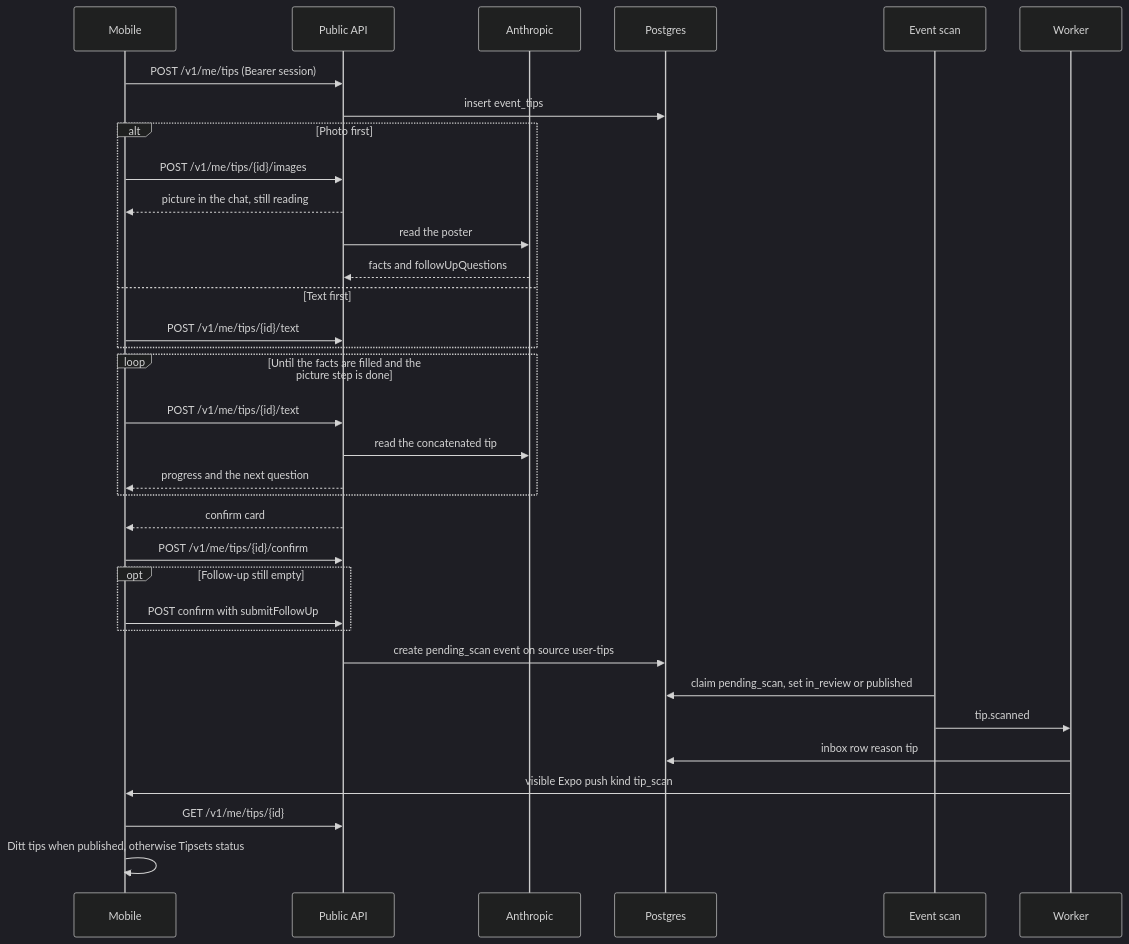
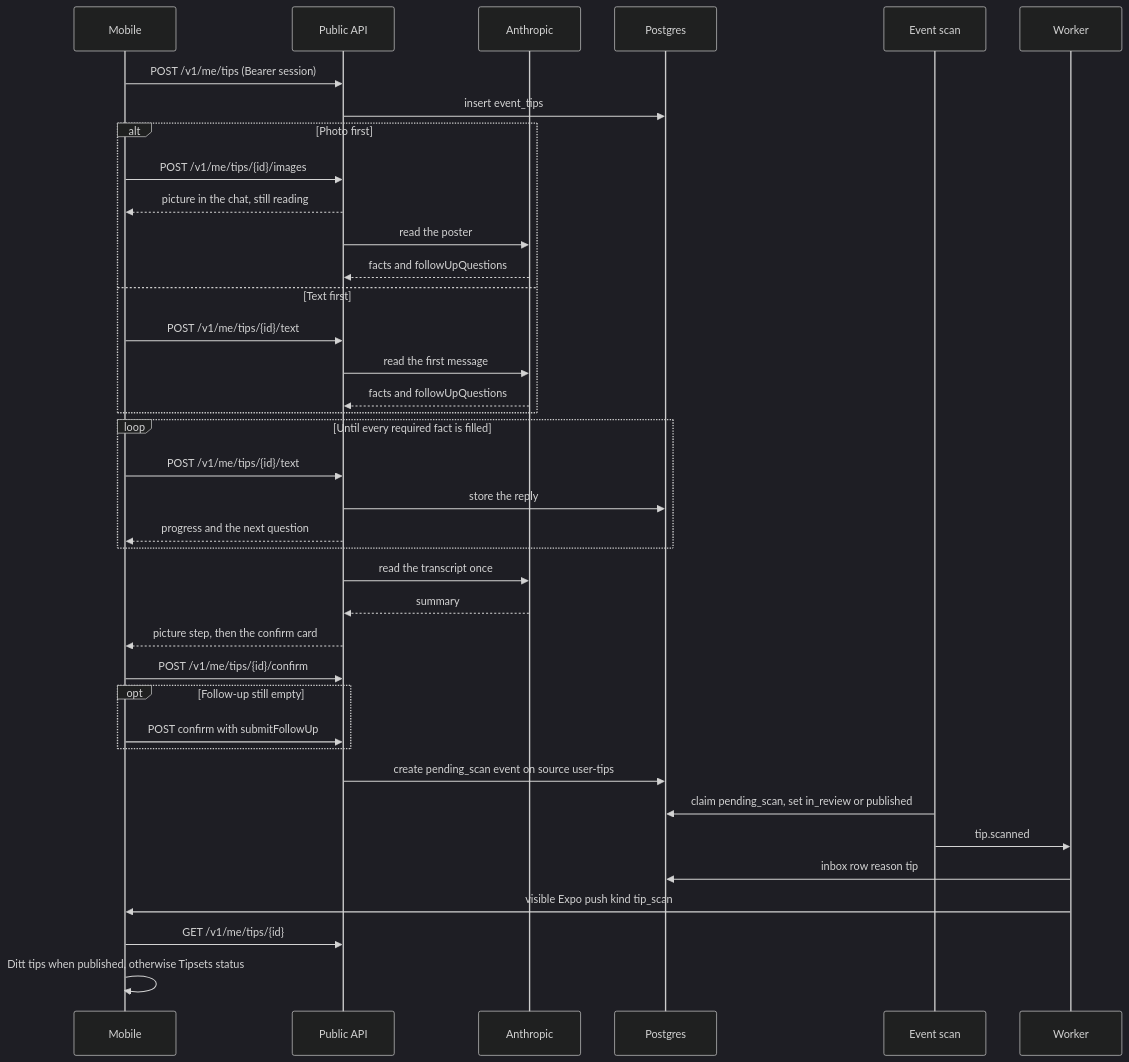
Before and after one commit to BradleySmallbottoms/evently: the diagram in docs/flows/event-tips.md, drawn with Mermaid (dark theme). The commit also changed other lines of this file and 12 other files, not shown here.

````diff
--- a/docs/flows/event-tips.md
+++ b/docs/flows/event-tips.md
@@ -10,37 +10,41 @@
 ```mermaid
 sequenceDiagram
   participant App as Mobile
   participant API as Public API
   participant Model as Anthropic
   participant DB as Postgres
   participant Scan as Event scan
   participant Worker as Worker
 
   App->>API: POST /v1/me/tips (Bearer session)
   API->>DB: insert event_tips
   alt Photo first
     App->>API: POST /v1/me/tips/{id}/images
     API-->>App: picture in the chat, still reading
     API->>Model: read the poster
     Model-->>API: facts and followUpQuestions
   else Text first
     App->>API: POST /v1/me/tips/{id}/text
+    API->>Model: read the first message
+    Model-->>API: facts and followUpQuestions
   end
-  loop Until the facts are filled and the picture step is done
+  loop Until every required fact is filled
     App->>API: POST /v1/me/tips/{id}/text
-    API->>Model: read the concatenated tip
+    API->>DB: store the reply
     API-->>App: progress and the next question
   end
-  API-->>App: confirm card
+  API->>Model: read the transcript once
+  Model-->>API: summary
+  API-->>App: picture step, then the confirm card
   App->>API: POST /v1/me/tips/{id}/confirm
   opt Follow-up still empty
     App->>API: POST confirm with submitFollowUp
   end
   API->>DB: create pending_scan event on source user-tips
   Scan->>DB: claim pending_scan, set in_review or published
   Scan->>Worker: tip.scanned
   Worker->>DB: inbox row reason tip
   Worker->>App: visible Expo push kind tip_scan
   App->>API: GET /v1/me/tips/{id}
   App->>App: Ditt tips when published, otherwise Tipsets status
 ```
````
